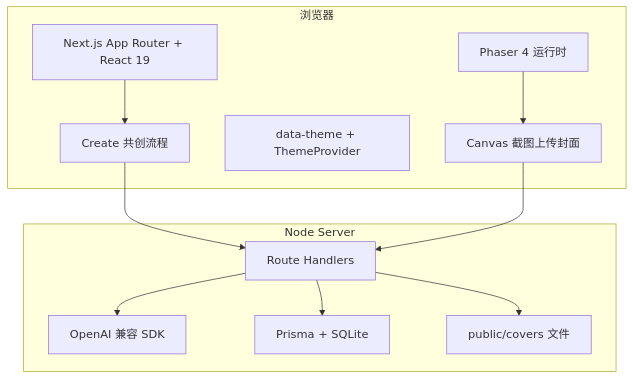
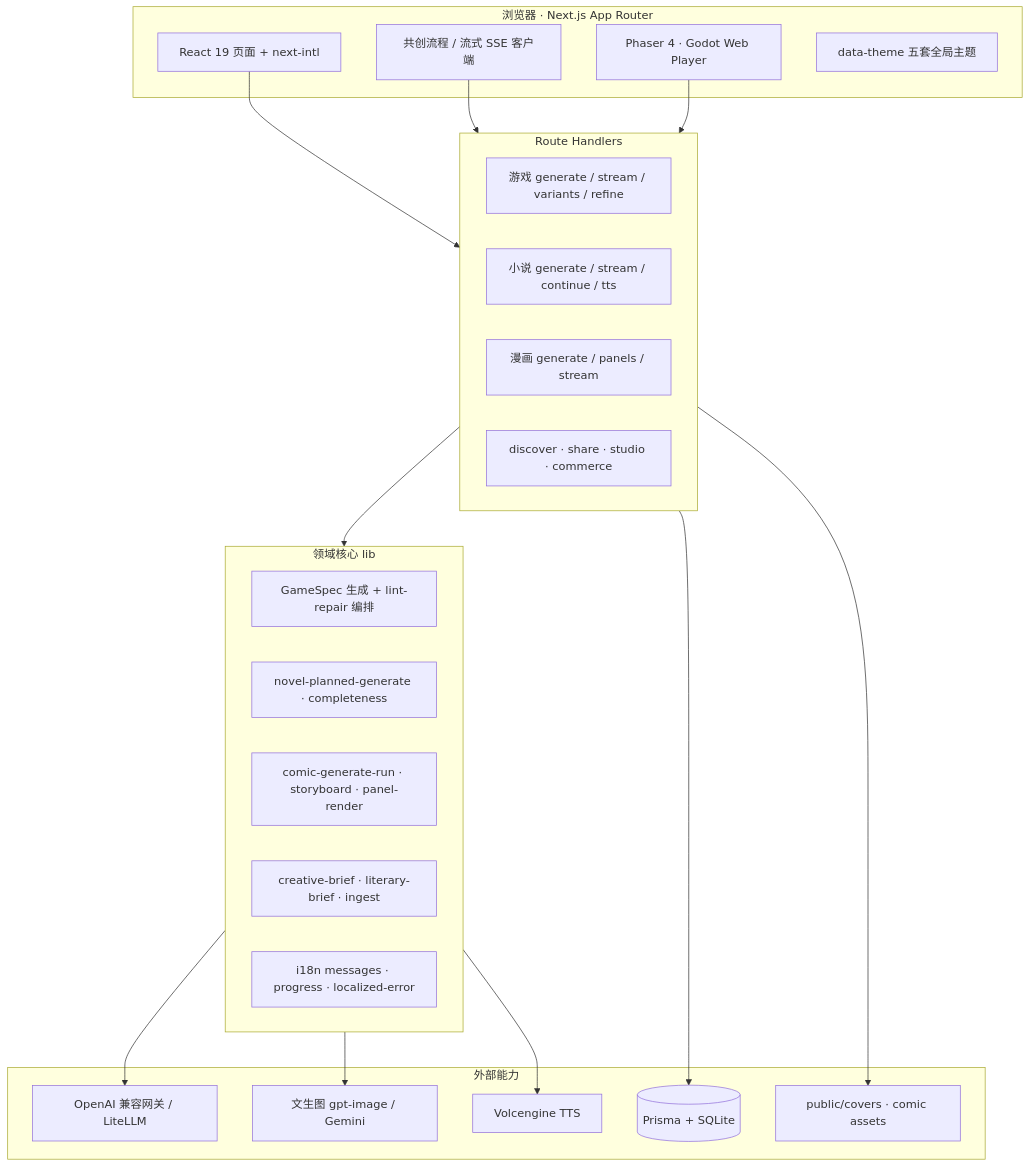
The second of 2 diagrams in README.md (gaogg521/1one-game), drawn with Mermaid before and after one commit. The commit also changed other lines of this file and 405 other files, not shown here.

````diff
--- a/README.md
+++ b/README.md
@@ -154,23 +276,42 @@
 ```mermaid
 flowchart TB
-  subgraph Client [浏览器]
-    UI[Next.js App Router + React 19]
-    Flow[Create 共创流程]
-    Theme[data-theme + ThemeProvider]
-    Phaser[Phaser 4 运行时]
-    Cap[Canvas 截图上传封面]
+  subgraph Client [浏览器 · Next.js App Router]
+    UI[React 19 页面 + next-intl]
+    Create[共创流程 / 流式 SSE 客户端]
+    Run[Phaser 4 · Godot Web Player]
+    Theme[data-theme 五套全局主题]
   end
-  subgraph Server [Node Server]
-    API[Route Handlers]
-    OAI[OpenAI 兼容 SDK]
-    Prisma[Prisma + SQLite]
-    FS[public/covers 文件]
+
+  subgraph API [Route Handlers]
+    Gen[游戏 generate / stream / variants / refine]
+    Novel[小说 generate / stream / continue / tts]
+    Comic[漫画 generate / panels / stream]
+    Disc[discover · share · studio · commerce]
   end
-  UI --> Flow
-  Flow --> API
-  Phaser --> Cap
-  Cap --> API
-  API --> OAI
-  API --> Prisma
+
+  subgraph Core [领域核心 lib]
+    Spec[GameSpec 生成 + lint-repair 编排]
+    NPipe[novel-planned-generate · completeness]
+    CPipe[comic-generate-run · storyboard · panel-render]
+    Brief[creative-brief · literary-brief · ingest]
+    I18n[i18n messages · progress · localized-error]
+  end
+
+  subgraph External [外部能力]
+    LLM[OpenAI 兼容网关 / LiteLLM]
+    IMG[文生图 gpt-image / Gemini]
+    TTS[Volcengine TTS]
+    DB[(Prisma + SQLite)]
+    FS[public/covers · comic assets]
+  end
+
+  UI --> API
+  Create --> API
+  Run --> API
+  API --> Core
+  Core --> LLM
+  Core --> IMG
+  Core --> TTS
+  API --> DB
   API --> FS
 ```
````
